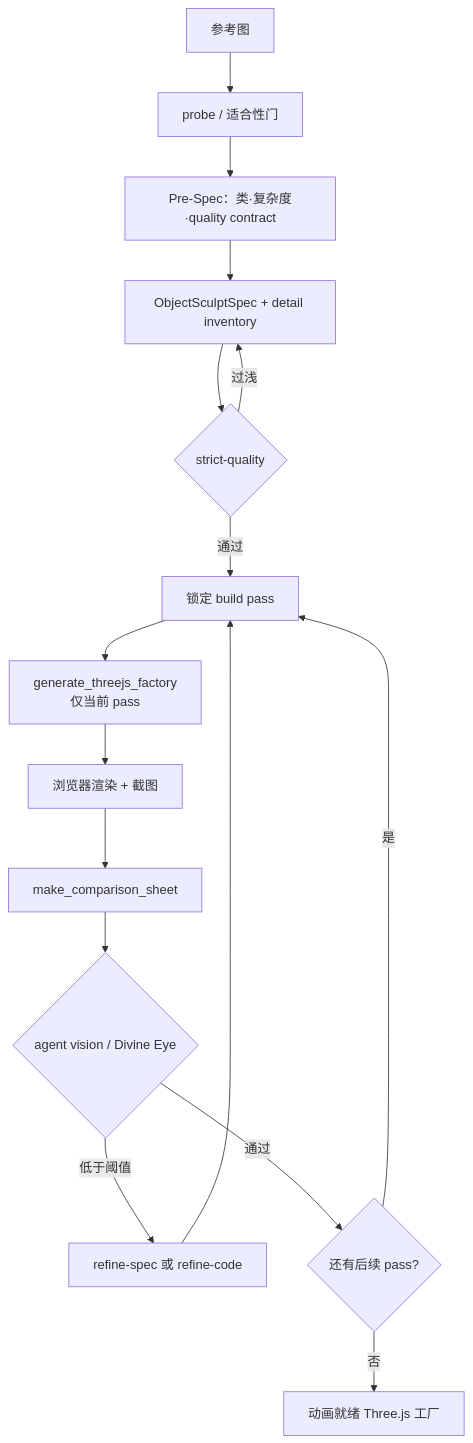
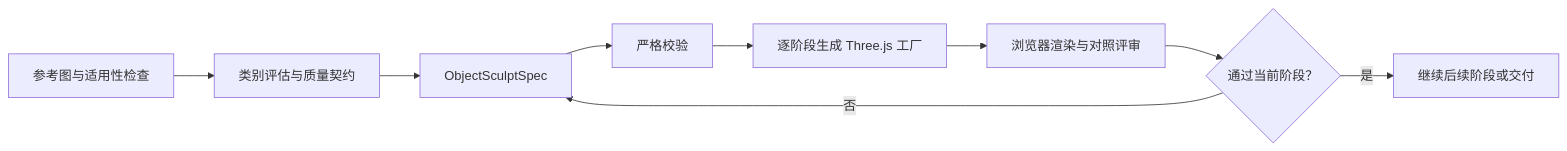
One commit to ImChong/Robotics_Notebooks changed the diagram in wiki/entities/img2threejs.md. Above: the diagram before and after it, drawn with Mermaid. The commit also changed other lines of this file, not shown here.

Commit message:
ingest: update img2threejs entity for v2

````diff
--- a/wiki/entities/img2threejs.md
+++ b/wiki/entities/img2threejs.md
@@ -79,18 +60,11 @@
 ```mermaid
-flowchart TD
-  A[参考图] --> B[probe / 适合性门]
-  B --> C[Pre-Spec：类·复杂度·quality contract]
-  C --> D[ObjectSculptSpec + detail inventory]
-  D --> E{strict-quality}
-  E -->|过浅| D
-  E -->|通过| F[锁定 build pass]
-  F --> G[generate_threejs_factory<br/>仅当前 pass]
-  G --> H[浏览器渲染 + 截图]
-  H --> I[make_comparison_sheet]
-  I --> J{agent vision / Divine Eye}
-  J -->|低于阈值| K[refine-spec 或 refine-code]
-  K --> F
-  J -->|通过| L{还有后续 pass?}
-  L -->|是| F
-  L -->|否| M[动画就绪 Three.js 工厂]
+flowchart LR
+  A["参考图与适用性检查"] --> B["类别评估与质量契约"]
+  B --> C["ObjectSculptSpec"]
+  C --> D["严格校验"]
+  D --> E["逐阶段生成 Three.js 工厂"]
+  E --> F["浏览器渲染与对照评审"]
+  F --> G{"通过当前阶段？"}
+  G -->|否| C
+  G -->|是| H["继续后续阶段或交付"]
 ```
````
